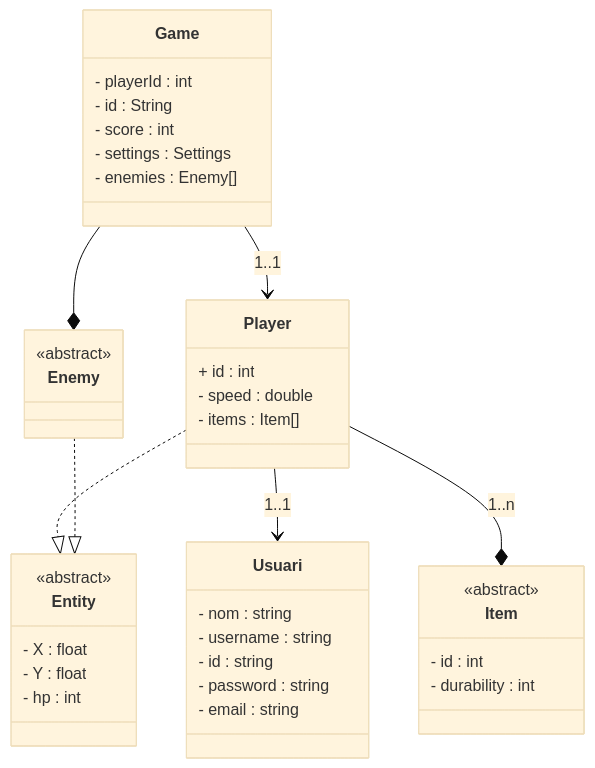
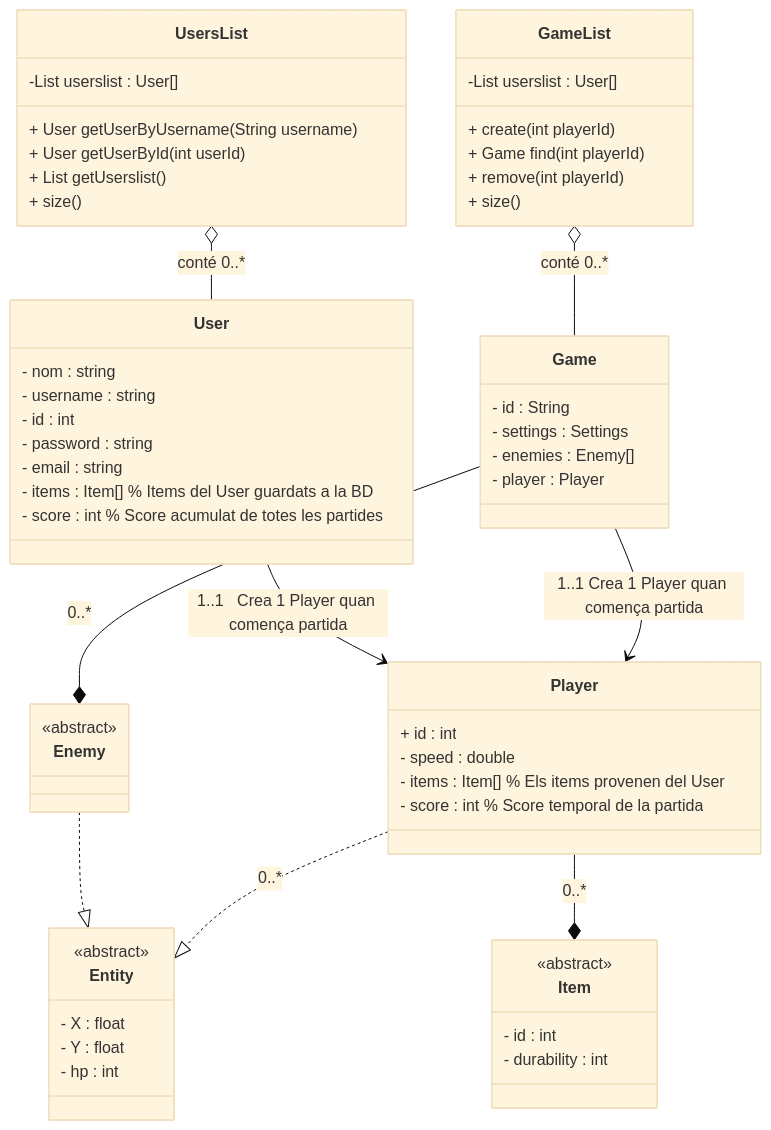
One commit to RogerMacia/Projecte-DSA-Backend changed the diagram in README.md. Above: the diagram before and after it, drawn with Mermaid (base theme).

Commit message:
Update README with system functionality and class diagrams

````diff
--- a/README.md
+++ b/README.md
@@ -15,54 +15,144 @@
 ```mermaid
 classDiagram
 
+%% ============================================================
+%%                    FUNCIONAMENT DEL SISTEMA
+%% ============================================================
+%% Quan es registra un User:
+%%    → Es fa un INSERT a la base de dades.
+%%
+%% Quan un User fa login:
+%%    → Es fa un SELECT a la base de dades.
+%%    → Es crea un objecte User a memòria.
+%%    → S’afegeix a UsersList (llista d’usuaris loguejats).
+%%
+%% Quan un User compra items a la tenda:
+%%    → Els nous items s’assignen al seu objecte User.
+%%    → També es fa UPDATE a la base de dades.
+%%
+%% Quan l’usuari crea/entra en una partida:
+%%    → Es crea un objecte Game.
+%%    → Es crea un objecte Player basat en el User.
+%%    → Els items del Player = els items del User.
+%%
+%% Quan acaba una partida:
+%%    → Els punts de Player s’afegeixen al score del User.
+%%    → UPDATE a la base de dades.
+%% ============================================================
 
+
+
+%% ========================
+%%       ENTITY
+%% ========================
 class Entity{
-<<abstract>>
-- X : float
-- Y : float
-- hp : int
+    <<abstract>>
+    - X : float
+    - Y : float
+    - hp : int
 }
 
+
+%% ========================
+%%         PLAYER
+%% ========================
 class Player{
-+ id : int
-- speed : double
-- items : Item[]
+    + id : int
+    - speed : double
+    - items : Item[]   % Els items provenen del User
+    - score : int      % Score temporal de la partida
 }
 
+Player ..|> Entity : 0..* 
+
+
+
+%% ========================
+%%         ENEMY
+%% ========================
 class Enemy{
-<<abstract>>
+    <<abstract>>
+    %% Enemics dins la partida
 }
 
-Player ..|> Entity
 Enemy ..|> Entity
 
 
+
+%% ========================
+%%          GAME
+%% ========================
 class Game{
-- playerId : int
-- id : String
-- score : int
-- settings : Settings
-- enemies : Enemy[]
+    - id : String
+    - settings : Settings
+    - enemies : Enemy[]
+    - player : Player
 }
 
+%% Un Game sempre té un Player
+Game --> Player : 1..1 Crea 1 Player quan comença partida
 
+%% Els enemics pertanyen al Game
+Game --* Enemy : 0..*
+
+
+
+%% ========================
+%%          ITEM
+%% ========================
 class Item{
-<<abstract>>
-- id : int
-- durability : int
+    <<abstract>>
+    - id : int
+    - durability : int
 }
 
-class Usuari{
-- nom : string
-- username : string
-- id : string
-- password : string
-- email : string
+%% Els items del Player venen del User
+Player --* Item : 0..*
+
+
+
+%% ========================
+%%           USER
+%% ========================
+class User{
+    - nom : string
+    - username : string
+    - id : int
+    - password : string
+    - email : string
+    - items : Item[]   % Items del User guardats a la BD
+    - score : int      % Score acumulat de totes les partides
 }
 
+%% Un User genera un Player quan comença una partida
+User --> Player : 1..1   Crea 1 Player quan comença partida
 
-Player --> Usuari : 1..1
-Game --> Player : 1..1
-Game --* Enemy
-Player --* Item : 1..n
+%% ============================================================
+%%                    USERSLIST
+%% ============================================================
+class UsersList{
+    -List<User> userslist : User[]
+    + User getUserByUsername(String username)
+    + User getUserById(int userId)
+    + List<User> getUserslist()
+    + size()
+}
+
+%% UsersList gestiona els usuaris actius
+UsersList o-- User : conté 0..*
+
+%% ============================================================
+%%                    GAMELIST
+%% ============================================================
+class GameList{
+    -List<User> userslist : User[]
+    + create(int playerId)
+    + Game find(int playerId)
+    + remove(int playerId)
+    + size()
+}
+
+%% UsersList gestiona els usuaris actius
+GameList o-- Game : conté 0..* 
+
 ```
````
